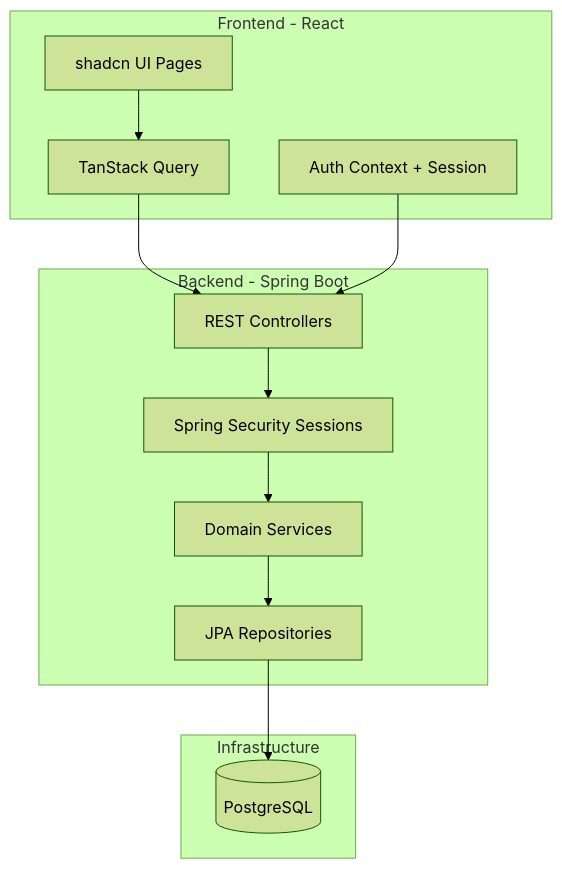
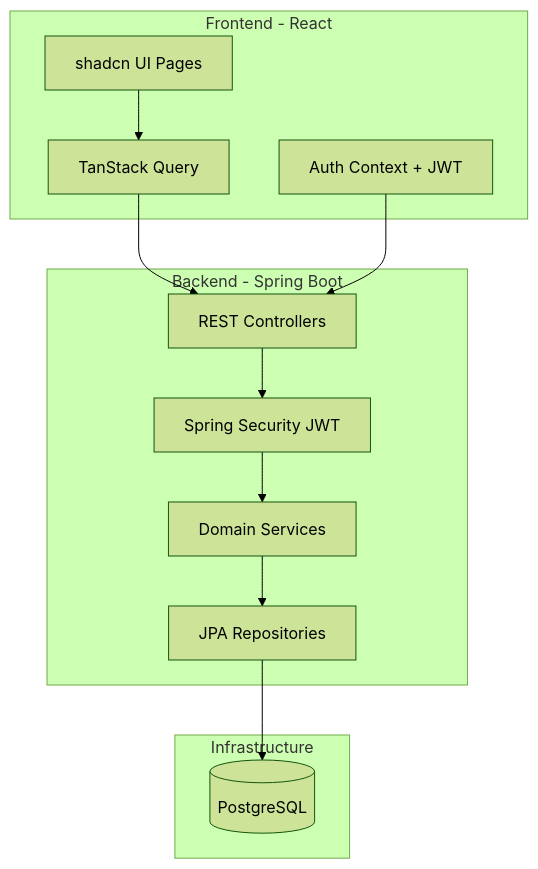
Before and after one commit to Daxerus/custom-doodle: the first of 2 diagrams in docs/architecture.md, drawn with Mermaid (forest theme). The commit also changed other lines of this file and 19 other files, not shown here.

First line of the commit message:
feat(auth): replace session auth with JWT access and refresh tokens

````diff
--- a/docs/architecture.md
+++ b/docs/architecture.md
@@ -18,23 +18,23 @@
 ```mermaid
 flowchart TB
     subgraph frontend [Frontend - React]
         UI[shadcn UI Pages]
         RQ[TanStack Query]
-        AuthCtx[Auth Context + Session]
+        AuthCtx[Auth Context + JWT]
     end
 
     subgraph backend [Backend - Spring Boot]
         API[REST Controllers]
         SVC[Domain Services]
         REPO[JPA Repositories]
-        SEC[Spring Security Sessions]
+        SEC[Spring Security JWT]
     end
 
     subgraph infra [Infrastructure]
         PG[(PostgreSQL)]
     end
 
     UI --> RQ --> API
     AuthCtx --> API
     API --> SEC --> SVC --> REPO --> PG
 ```
````
